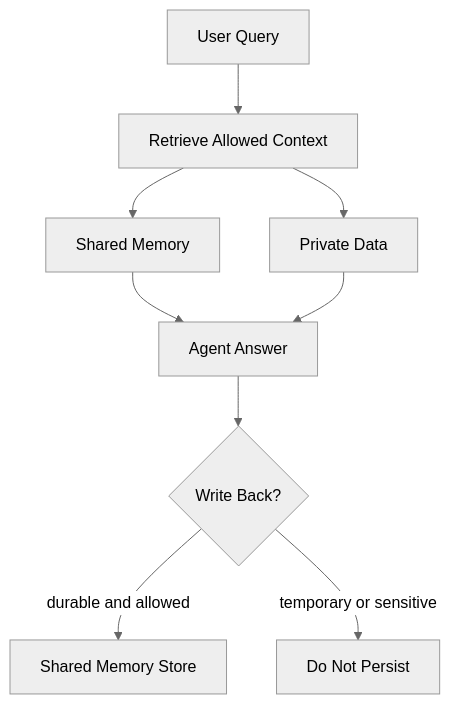
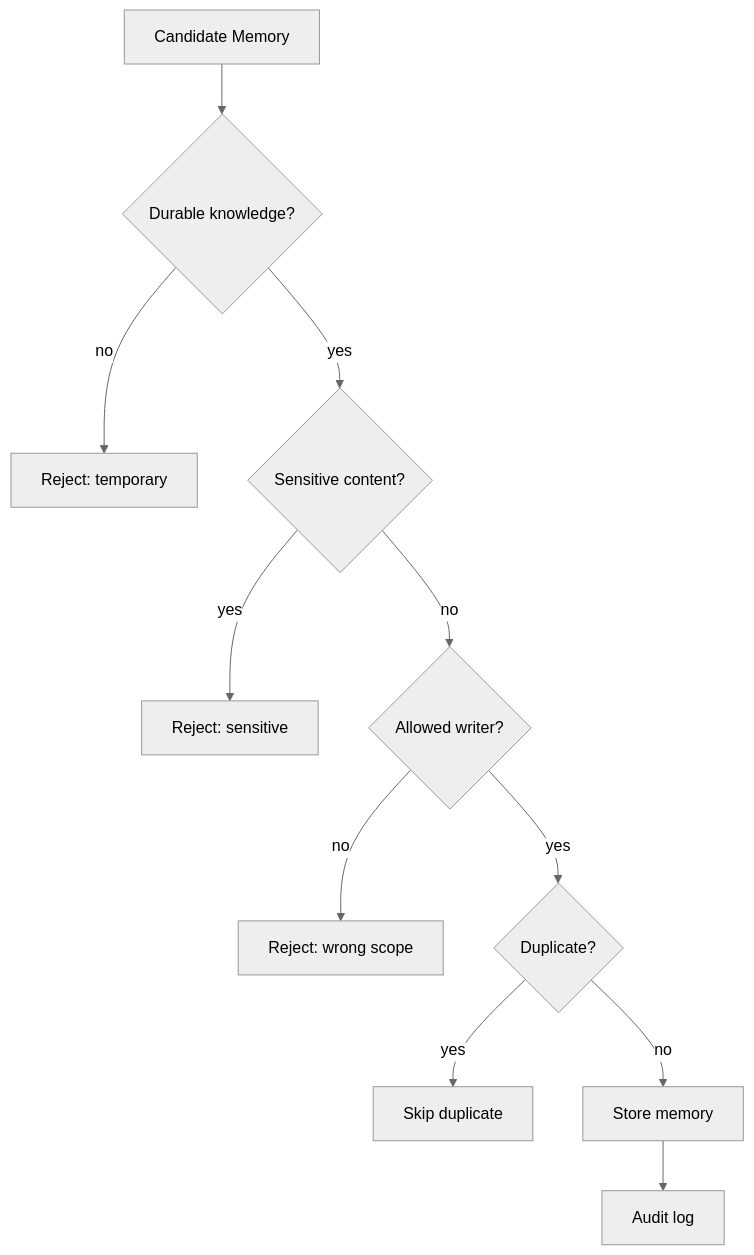
One commit to yizhiyanhua-ai/agent-shared-memory-demo changed the third of 3 diagrams in docs/architecture.md. Above: the diagram before and after it, drawn with Mermaid (neutral theme). The commit also changed other lines of this file and 1 other file, not shown here.

Commit message:
Add Chinese README and architecture notes

````diff
--- a/docs/architecture.md
+++ b/docs/architecture.md
@@ -12,11 +52,13 @@
 ```mermaid
 flowchart TD
-    Q[User Query] --> R[Retrieve Allowed Context]
-    R --> M[Shared Memory]
-    R --> D[Private Data]
-    M --> A[Agent Answer]
-    D --> A
-    A --> W{Write Back?}
-    W -- durable and allowed --> S[Shared Memory Store]
-    W -- temporary or sensitive --> X[Do Not Persist]
+    O[Candidate Memory] --> D{Durable knowledge?}
+    D -- no --> X1[Reject: temporary]
+    D -- yes --> S{Sensitive content?}
+    S -- yes --> X2[Reject: sensitive]
+    S -- no --> W{Allowed writer?}
+    W -- no --> X3[Reject: wrong scope]
+    W -- yes --> U{Duplicate?}
+    U -- yes --> X4[Skip duplicate]
+    U -- no --> M[Store memory]
+    M --> A[Audit log]
 ```
````
